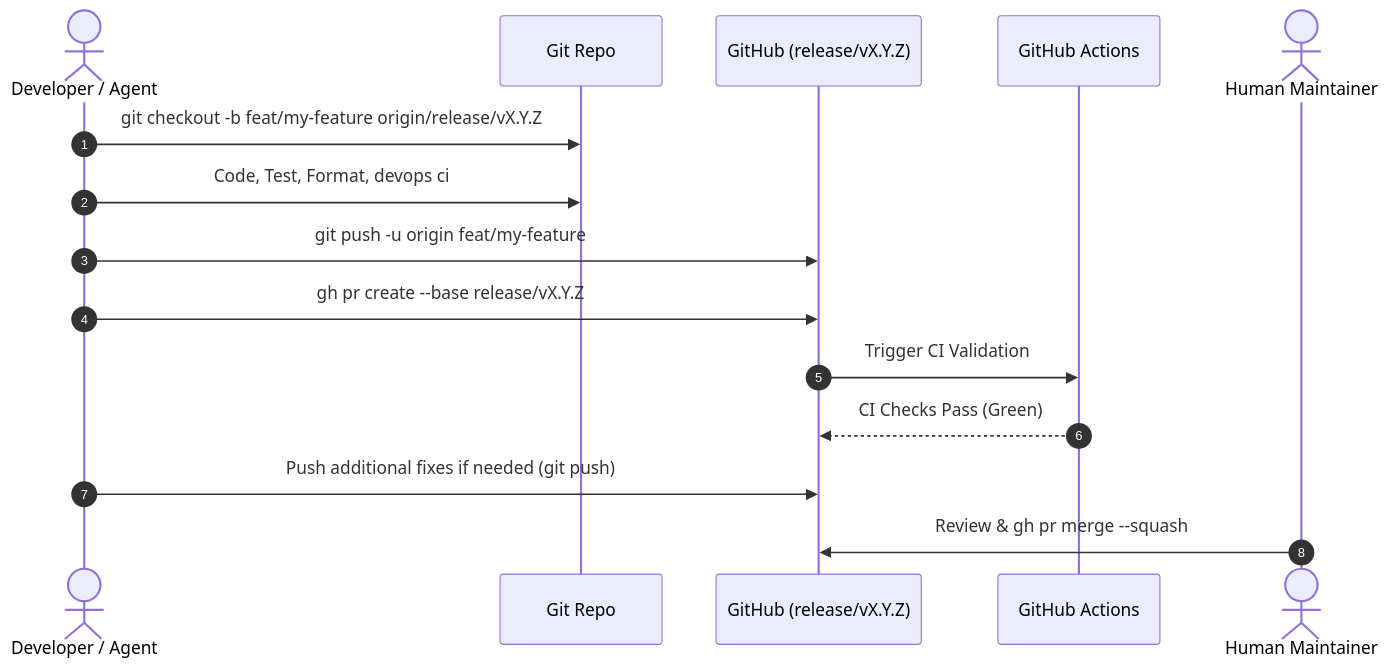
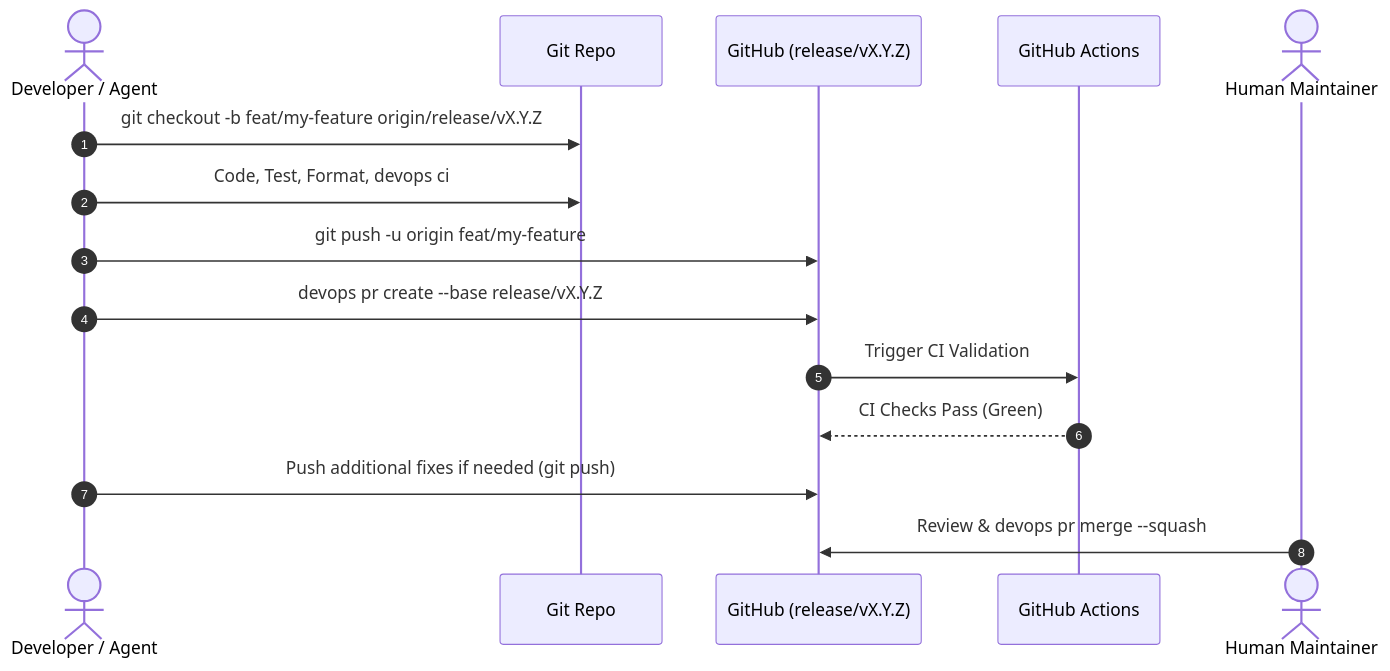
One commit to dan-petty/devops-cli changed the second of 3 diagrams in docs/ROUTINE_TASKS.md. Above: the diagram before and after it, drawn with Mermaid. The commit also changed other lines of this file and 181 other files, not shown here.

````diff
--- a/docs/ROUTINE_TASKS.md
+++ b/docs/ROUTINE_TASKS.md
@@ -168,18 +168,18 @@
 ```mermaid
 sequenceDiagram
     autonumber
     actor Dev as Developer / Agent
     participant Git as Git Repo
     participant Hub as GitHub (release/vX.Y.Z)
     participant CI as GitHub Actions
     actor Maintainer as Human Maintainer
 
     Dev->>Git: git checkout -b feat/my-feature origin/release/vX.Y.Z
     Dev->>Git: Code, Test, Format, devops ci
     Dev->>Hub: git push -u origin feat/my-feature
-    Dev->>Hub: gh pr create --base release/vX.Y.Z
+    Dev->>Hub: devops pr create --base release/vX.Y.Z
     Hub->>CI: Trigger CI Validation
     CI-->>Hub: CI Checks Pass (Green)
     Dev->>Hub: Push additional fixes if needed (git push)
-    Maintainer->>Hub: Review & gh pr merge --squash
+    Maintainer->>Hub: Review & devops pr merge --squash
 ```
````
